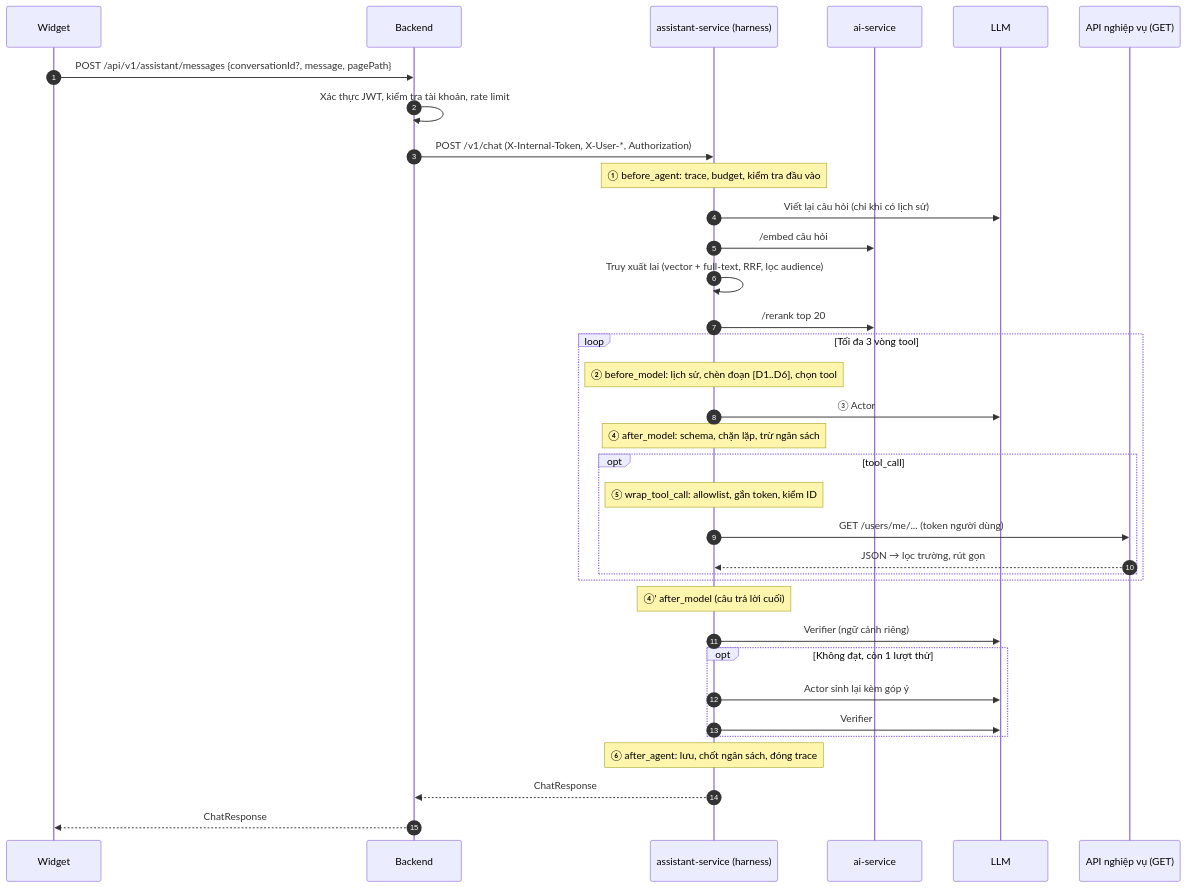
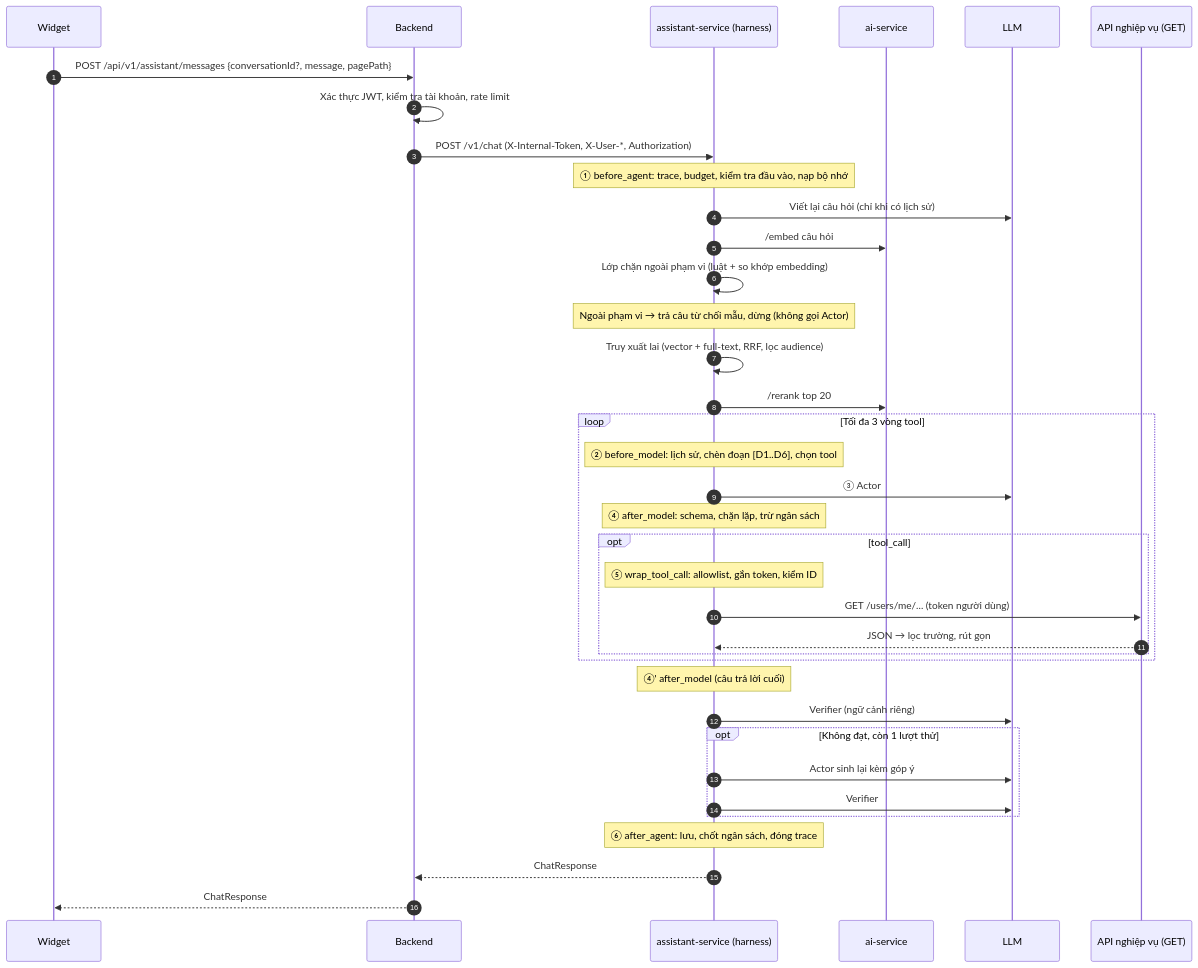
The first of 2 diagrams in docs/04-luong-hoi-dap.md (lybii/ptutor-support-assistant), drawn with Mermaid before and after one commit. The commit also changed other lines of this file and 14 other files, not shown here.

````diff
--- a/docs/04-luong-hoi-dap.md
+++ b/docs/04-luong-hoi-dap.md
@@ -5,38 +5,40 @@
 ```mermaid
 sequenceDiagram
     autonumber
     participant U as Widget
     participant B as Backend
     participant A as assistant-service (harness)
     participant AI as ai-service
     participant L as LLM
     participant API as API nghiệp vụ (GET)
 
     U->>B: POST /api/v1/assistant/messages {conversationId?, message, pagePath}
     B->>B: Xác thực JWT, kiểm tra tài khoản, rate limit
     B->>A: POST /v1/chat (X-Internal-Token, X-User-*, Authorization)
-    Note over A: ① before_agent: trace, budget, kiểm tra đầu vào
+    Note over A: ① before_agent: trace, budget, kiểm tra đầu vào, nạp bộ nhớ
     A->>L: Viết lại câu hỏi (chỉ khi có lịch sử)
     A->>AI: /embed câu hỏi
+    A->>A: Lớp chặn ngoài phạm vi (luật + so khớp embedding)
+    Note over A: Ngoài phạm vi → trả câu từ chối mẫu, dừng (không gọi Actor)
     A->>A: Truy xuất lai (vector + full-text, RRF, lọc audience)
     A->>AI: /rerank top 20
     loop Tối đa 3 vòng tool
         Note over A: ② before_model: lịch sử, chèn đoạn [D1..D6], chọn tool
         A->>L: ③ Actor
         Note over A: ④ after_model: schema, chặn lặp, trừ ngân sách
         opt tool_call
             Note over A: ⑤ wrap_tool_call: allowlist, gắn token, kiểm ID
             A->>API: GET /users/me/... (token người dùng)
             API-->>A: JSON → lọc trường, rút gọn
         end
     end
     Note over A: ④' after_model (câu trả lời cuối)
     A->>L: Verifier (ngữ cảnh riêng)
     opt Không đạt, còn 1 lượt thử
         A->>L: Actor sinh lại kèm góp ý
         A->>L: Verifier
     end
     Note over A: ⑥ after_agent: lưu, chốt ngân sách, đóng trace
     A-->>B: ChatResponse
     B-->>U: ChatResponse
 ```
````
